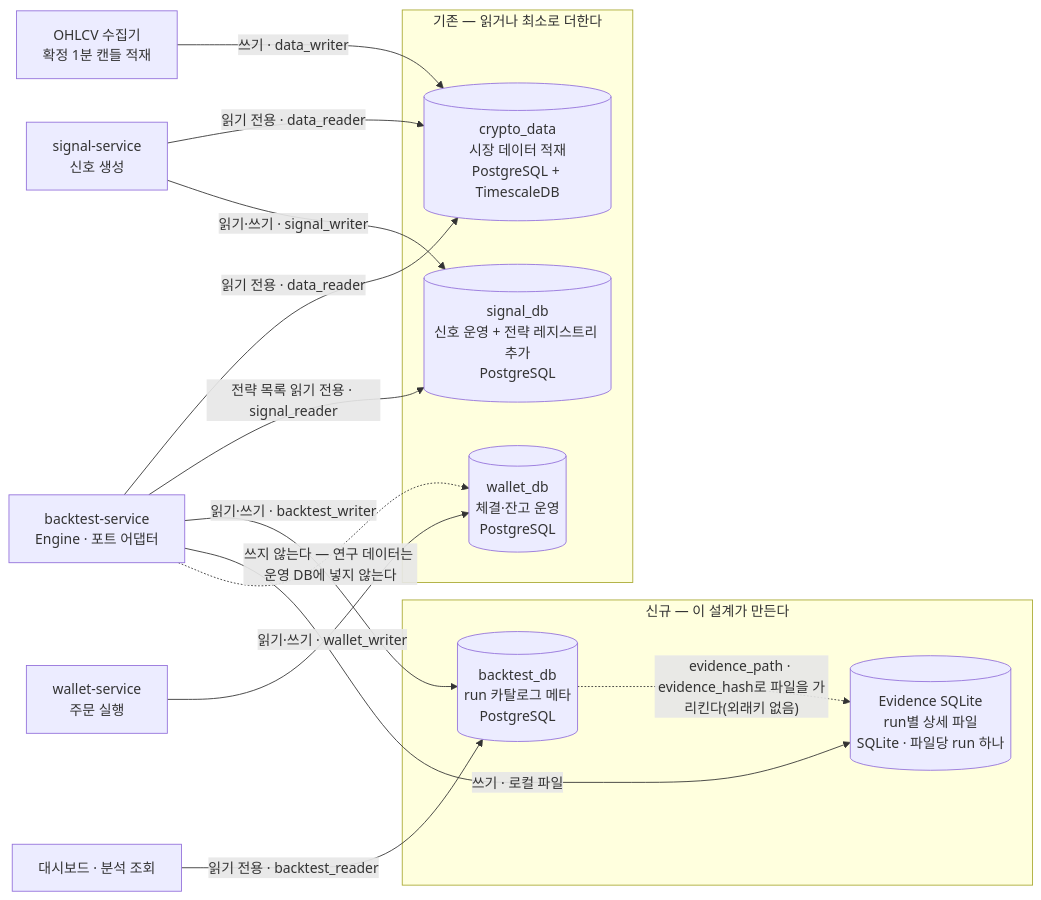
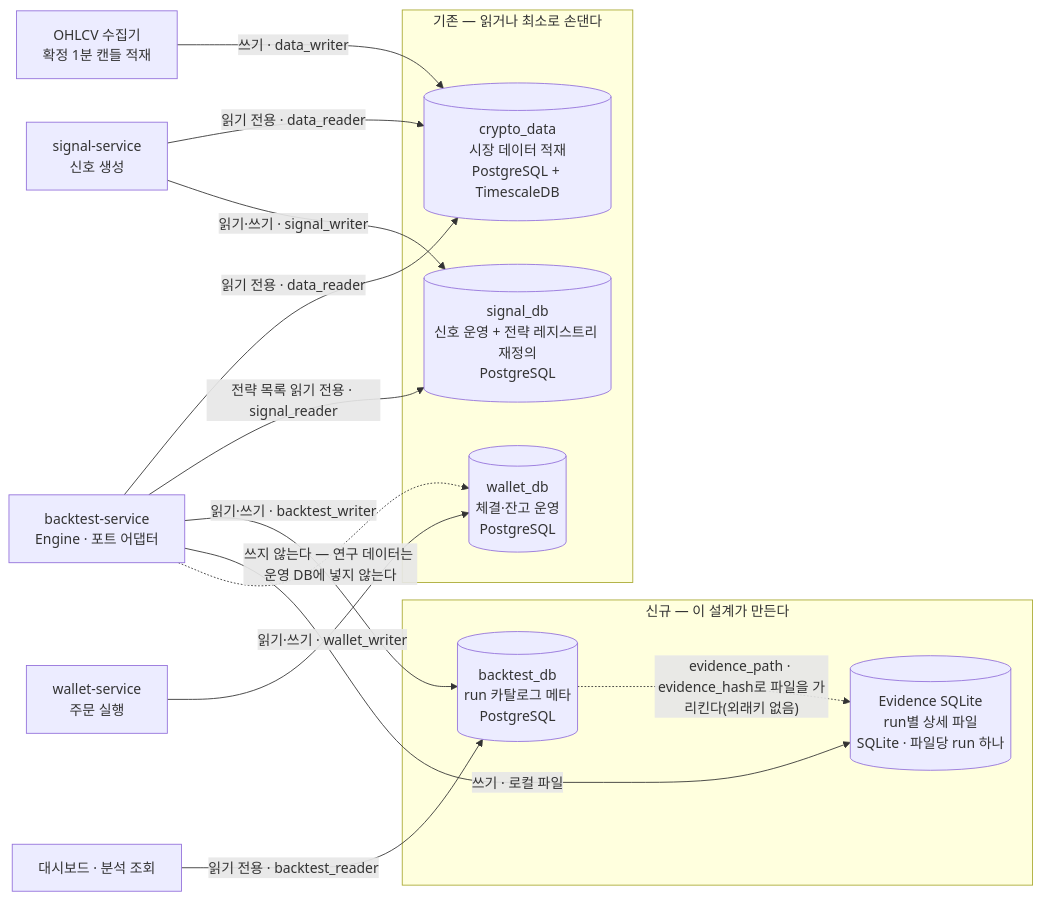
One commit to vessel35/trading-system-v2 changed the first of 6 diagrams in docs/fullspec/backtest_v2_detailed_design_database.md. Above: the diagram before and after it, drawn with Mermaid. The commit also changed other lines of this file and 1 other file, not shown here.

````diff
--- a/docs/fullspec/backtest_v2_detailed_design_database.md
+++ b/docs/fullspec/backtest_v2_detailed_design_database.md
@@ -122,28 +123,28 @@
 ```mermaid
 graph LR
     subgraph NEW["신규 — 이 설계가 만든다"]
         BDB[("backtest_db<br/>run 카탈로그 메타<br/>PostgreSQL")]
         EV[("Evidence SQLite<br/>run별 상세 파일<br/>SQLite · 파일당 run 하나")]
     end
-    subgraph EXIST["기존 — 읽거나 최소로 더한다"]
+    subgraph EXIST["기존 — 읽거나 최소로 손댄다"]
         CD[("crypto_data<br/>시장 데이터 적재<br/>PostgreSQL + TimescaleDB")]
-        SDB[("signal_db<br/>신호 운영 + 전략 레지스트리 추가<br/>PostgreSQL")]
+        SDB[("signal_db<br/>신호 운영 + 전략 레지스트리 재정의<br/>PostgreSQL")]
         WDB[("wallet_db<br/>체결·잔고 운영<br/>PostgreSQL")]
     end
     BT["backtest-service<br/>Engine · 포트 어댑터"]
     SIG["signal-service<br/>신호 생성"]
     WAL["wallet-service<br/>주문 실행"]
     DASH["대시보드 · 분석 조회"]
     ING["OHLCV 수집기<br/>확정 1분 캔들 적재"]
     BT -->|"읽기 전용 · data_reader"| CD
     BT -->|"전략 목록 읽기 전용 · signal_reader"| SDB
     BT -->|"읽기·쓰기 · backtest_writer"| BDB
     BT -->|"쓰기 · 로컬 파일"| EV
     ING -->|"쓰기 · data_writer"| CD
     SIG -->|"읽기 전용 · data_reader"| CD
     SIG -->|"읽기·쓰기 · signal_writer"| SDB
     WAL -->|"읽기·쓰기 · wallet_writer"| WDB
     DASH -->|"읽기 전용 · backtest_reader"| BDB
     BDB -.->|"evidence_path · evidence_hash로 파일을 가리킨다(외래키 없음)"| EV
     BT -. "쓰지 않는다 — 연구 데이터는 운영 DB에 넣지 않는다" .-> WDB
 ```
````
